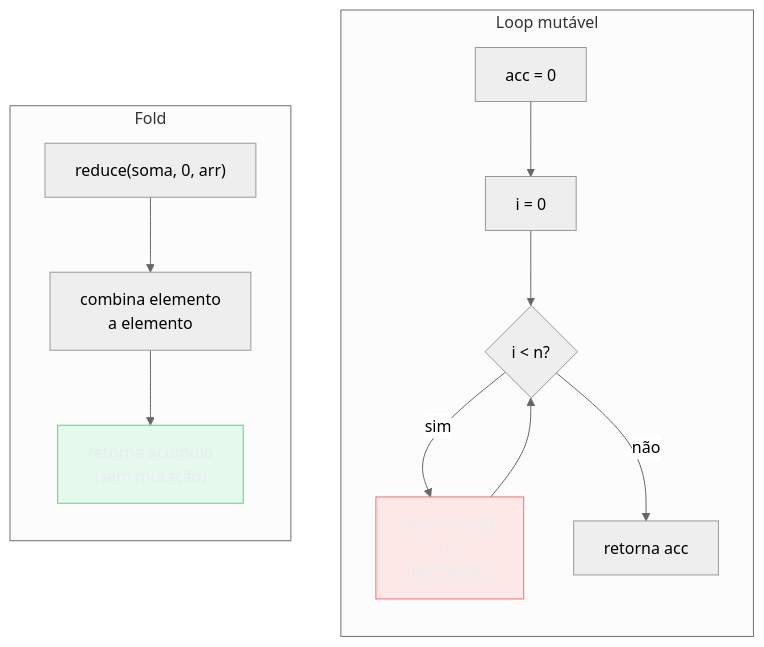
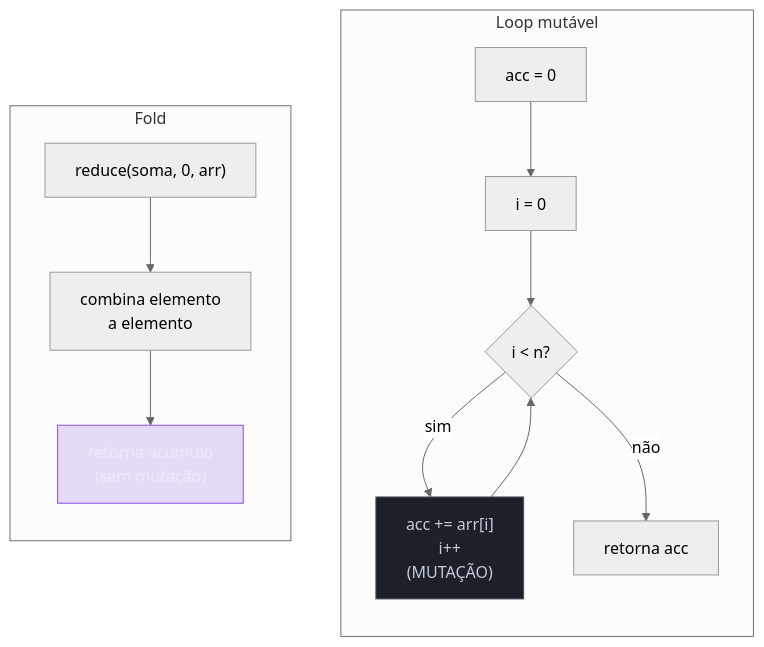
The fourth of 4 diagrams in 03-Dominios/Ciência/Paradigmas/06 - Composição e recursão.md (josenaldo/codex-technomanticus), drawn with Mermaid (neutral theme) before and after one commit. The commit also changed other lines of this file and 601 other files, not shown here.

````diff
--- a/03-Dominios/Ciência/Paradigmas/06 - Composição e recursão.md
+++ b/03-Dominios/Ciência/Paradigmas/06 - Composição e recursão.md
@@ -270,20 +270,20 @@
 ```mermaid
 flowchart TD
-  classDef falha fill:#FF6B6B24,stroke:#FF6B6B,color:#E9ECF2
-  classDef ok fill:#4ADE8021,stroke:#4ADE80,color:#E9ECF2
+  classDef marca fill:#8855DF33,stroke:#8855DF,color:#E9ECF2
+  classDef neutro fill:#1B2029,stroke:#4E5666,color:#C6CCD8
   subgraph IMP["Loop mutável"]
     direction TB
     I1["acc = 0"] --> I2["i = 0"]
     I2 --> I3{"i < n?"}
     I3 -->|"sim"| I4["acc += arr[i]<br/>i++<br/>(MUTAÇÃO)"]
     I4 --> I3
     I3 -->|"não"| I5["retorna acc"]
   end
   subgraph FUN["Fold"]
     direction TB
     F1["reduce(soma, 0, arr)"] --> F2["combina elemento<br/>a elemento"]
     F2 --> F3["retorna acúmulo<br/>(sem mutação)"]
   end
-  class I4 falha
-  class F3 ok
+  class I4 neutro
+  class F3 marca
 ```
````
